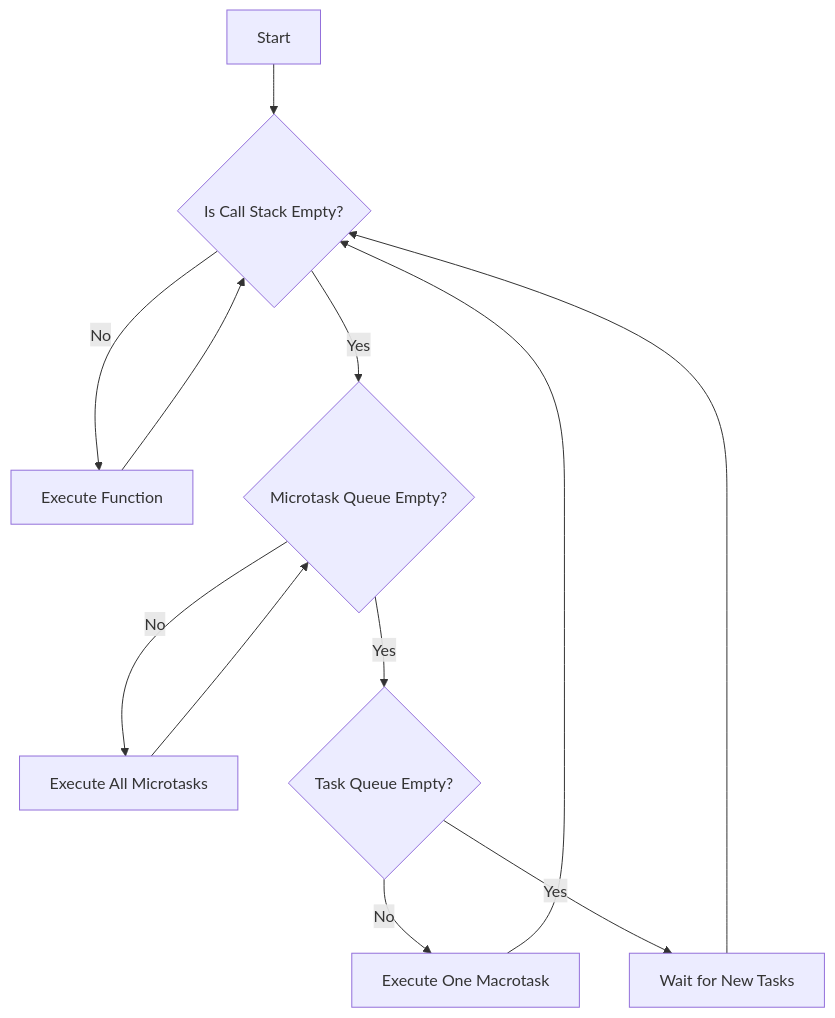
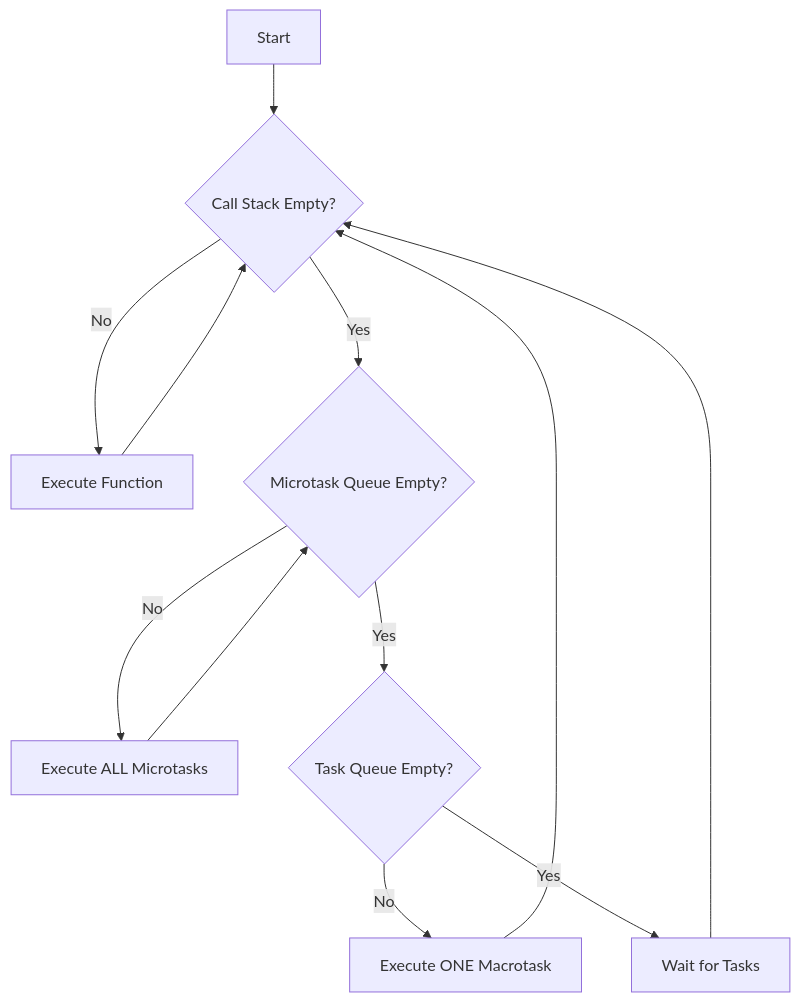
The third of 4 diagrams in concepts revision/javascript_fundamentals.md (IzharMohammed/JavaScript), drawn with Mermaid before and after one commit. The commit also changed other lines of this file and 1 other file, not shown here.

````diff
--- a/concepts revision/javascript_fundamentals.md
+++ b/concepts revision/javascript_fundamentals.md
@@ -627,14 +526,14 @@
 ```mermaid
 graph TB
-    Start[Start] --> CallStack{Is Call Stack Empty?}
+    Start[Start] --> CallStack{Call Stack Empty?}
     CallStack -->|No| Execute[Execute Function]
     Execute --> CallStack
     CallStack -->|Yes| MicroCheck{Microtask Queue Empty?}
-    MicroCheck -->|No| ExecMicro[Execute All Microtasks]
+    MicroCheck -->|No| ExecMicro[Execute ALL Microtasks]
     ExecMicro --> MicroCheck
     MicroCheck -->|Yes| TaskCheck{Task Queue Empty?}
-    TaskCheck -->|No| ExecTask[Execute One Macrotask]
+    TaskCheck -->|No| ExecTask[Execute ONE Macrotask]
     ExecTask --> CallStack
-    TaskCheck -->|Yes| End[Wait for New Tasks]
-    End --> CallStack
+    TaskCheck -->|Yes| Wait[Wait for Tasks]
+    Wait --> CallStack
 ```
````
